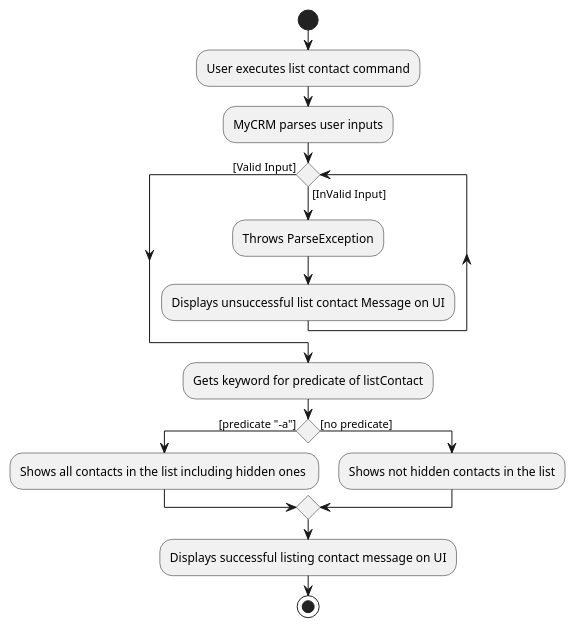
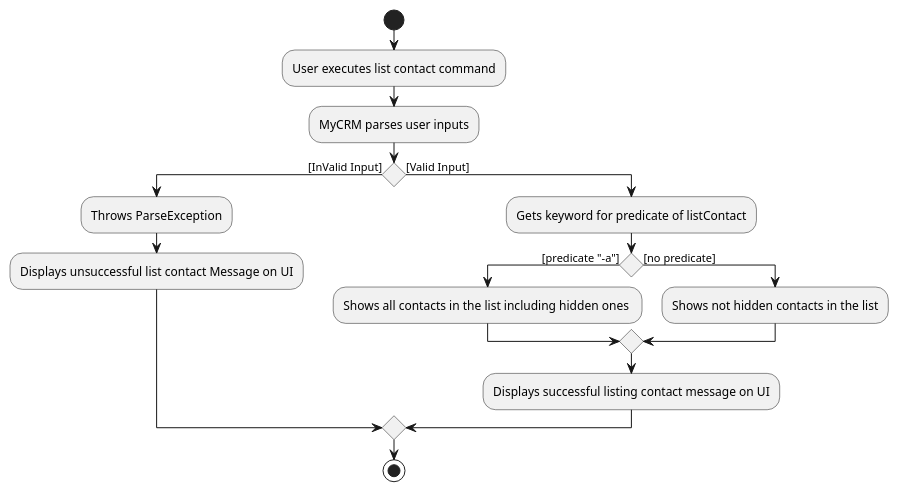
One commit to ooawagaeri/tp changed the diagram in docs/diagrams/contact/ListContactActivityDiagram.puml. Above: the diagram before and after it, drawn with PlantUML. The commit also changed 7 other files, not shown here.

Commit message:
fix activity diagram issues

```diff
--- a/docs/diagrams/contact/ListContactActivityDiagram.puml
+++ b/docs/diagrams/contact/ListContactActivityDiagram.puml
@@ -1,17 +1,18 @@
 @startuml
 start
 :User executes list contact command;
 :MyCRM parses user inputs;
-while () is ([InValid Input])
+if () then ([InValid Input])
     :Throws ParseException;
     :Displays unsuccessful list contact Message on UI;
-endwhile ([Valid Input])
+else ([Valid Input])
 :Gets keyword for predicate of listContact;
 if () then ([predicate "-a"])
 :Shows all contacts in the list including hidden ones ;
 else ([no predicate])
 :Shows not hidden contacts in the list;
 endif;
 :Displays successful listing contact message on UI;
+endif
 stop
 @enduml
```
